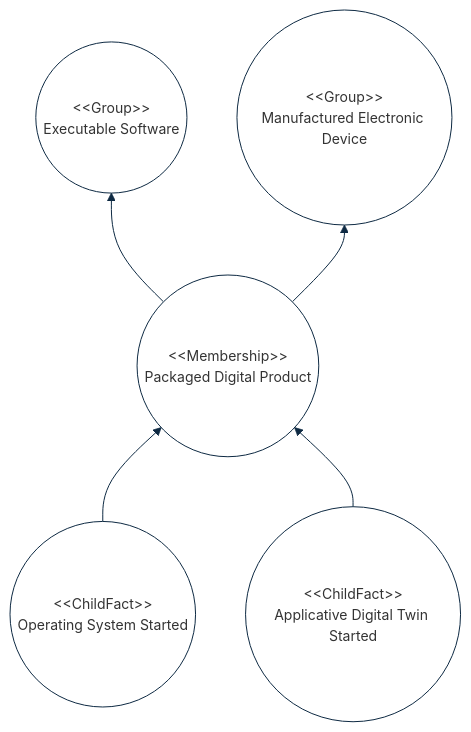
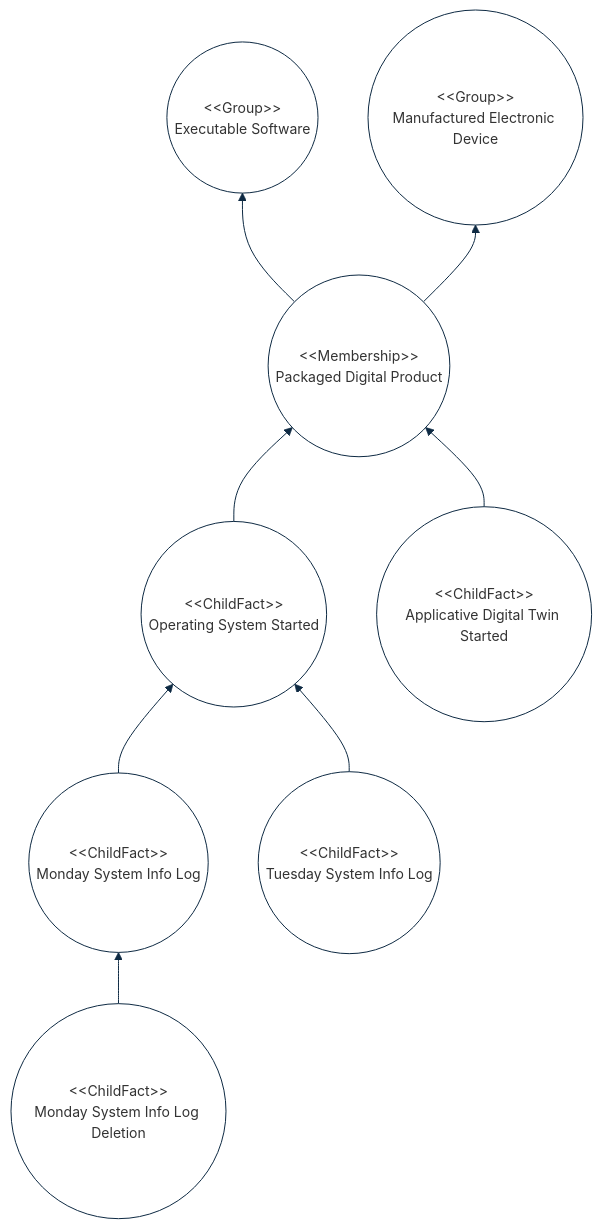
The second of 2 diagrams in implementations-line/framework/immutable/README.md (cybnity/foundation), drawn with Mermaid before and after one commit.

````diff
--- a/implementations-line/framework/immutable/README.md
+++ b/implementations-line/framework/immutable/README.md
@@ -135,30 +135,33 @@
 ```mermaid
 %%{
   init: {
     'theme': 'base',
     'themeVariables': {
         'background': '#ffffff',
         'fontFamily': 'arial',
         'fontSize': '14px',
         'primaryColor': '#fff',
         'primaryBorderColor': '#0e2a43',
         'secondaryBorderColor': '#0e2a43',
         'tertiaryBorderColor': '#0e2a43',
         'edgeLabelBackground':'#0e2a43',
         'lineColor': '#0e2a43',
         'tertiaryColor': '#fff'
     }
   }
 }%%
 flowchart BT
     software(("#60;#60;Group#62;#62;<br/>Executable Software"))
     electronicdevice(("#60;#60;Group#62;#62;<br/>Manufactured Electronic Device"))
     system(("#60;#60;Membership#62;#62;<br/>Packaged Digital Product")) --> software
     system --> electronicdevice
     os(("#60;#60;ChildFact#62;#62;<br/>Operating System Started")) --> system
     application(("#60;#60;ChildFact#62;#62;<br/>Applicative Digital Twin Started")) --> system
+    systemlog1(("#60;#60;ChildFact#62;#62;<br/>Monday System Info Log")) --> os
+    systemlog2(("#60;#60;ChildFact#62;#62;<br/>Tuesday System Info Log")) --> os
+    systemlog1deletion(("#60;#60;ChildFact#62;#62;<br/>Monday System Info Log Deletion")) --> systemlog1
 
 
 
 
 ```
````
